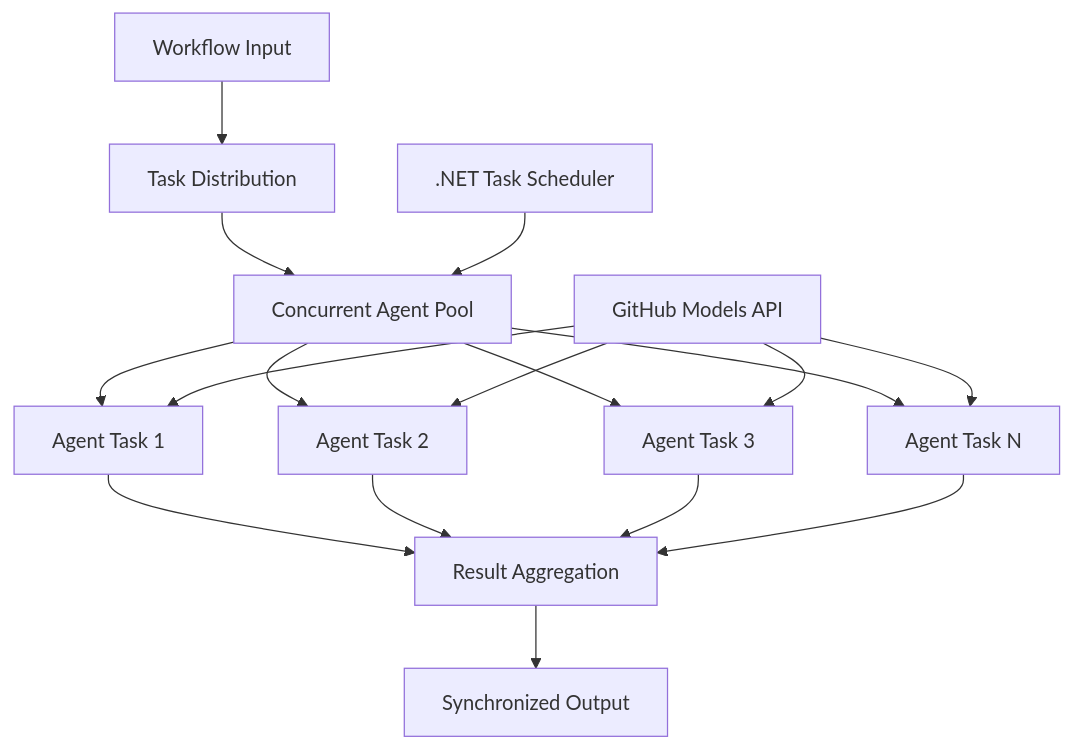
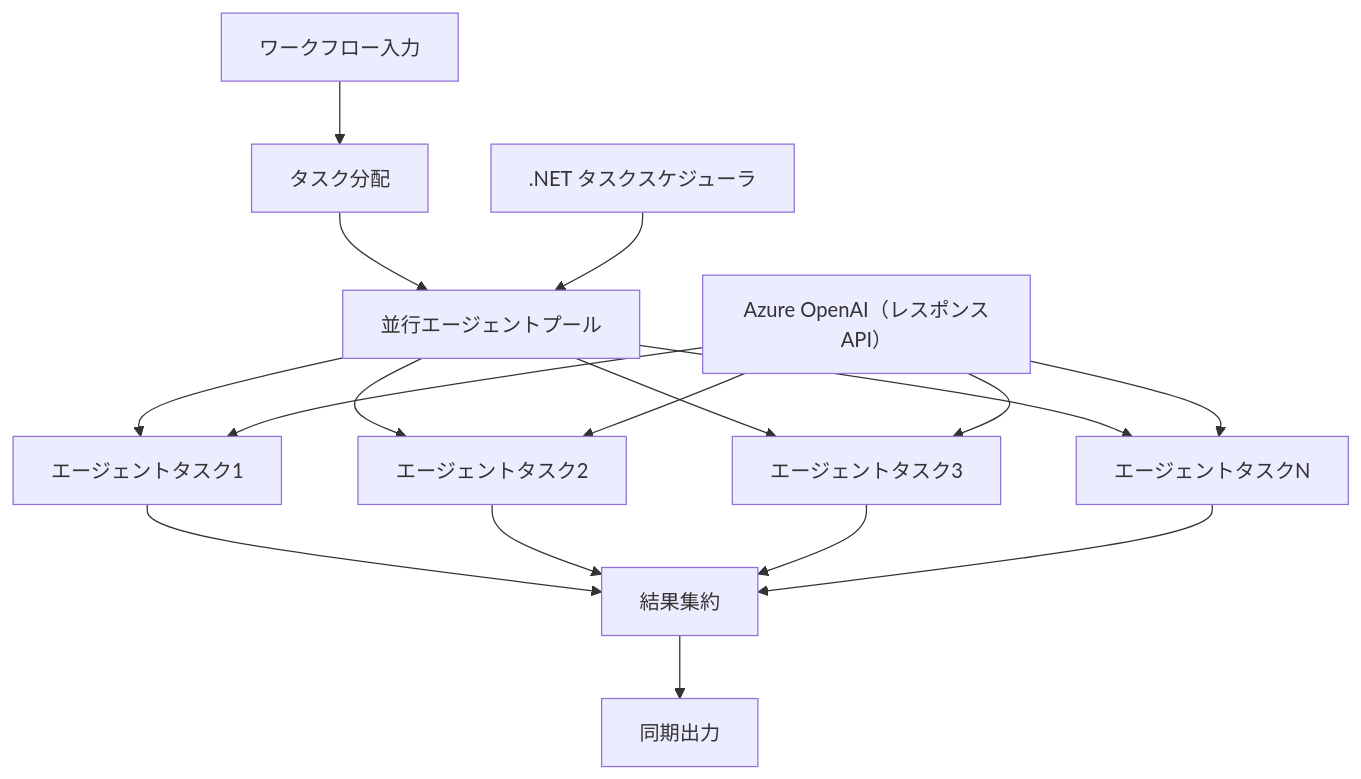
One commit to venturemavenwill/azureaifundamentals changed the diagram in translations/ja/08-multi-agent/code_samples/workflows-agent-framework/dotNET/03.dotnet-agent-framework-workflow-ghmodel-concurrent.md. Above: the diagram before and after it, drawn with Mermaid. The commit also changed other lines of this file and 4861 other files, not shown here.

````diff
--- a/translations/ja/08-multi-agent/code_samples/workflows-agent-framework/dotNET/03.dotnet-agent-framework-workflow-ghmodel-concurrent.md
+++ b/translations/ja/08-multi-agent/code_samples/workflows-agent-framework/dotNET/03.dotnet-agent-framework-workflow-ghmodel-concurrent.md
@@ -71,23 +69,23 @@
 ```mermaid
 graph TD
-    A[Workflow Input] --> B[Task Distribution]
-    B --> C[Concurrent Agent Pool]
-    C --> D[Agent Task 1]
-    C --> E[Agent Task 2]
-    C --> F[Agent Task 3]
-    C --> G[Agent Task N]
+    A[ワークフロー入力] --> B[タスク分配]
+    B --> C[並行エージェントプール]
+    C --> D[エージェントタスク1]
+    C --> E[エージェントタスク2]
+    C --> F[エージェントタスク3]
+    C --> G[エージェントタスクN]
     
-    D --> H[Result Aggregation]
+    D --> H[結果集約]
     E --> H
     F --> H
     G --> H
     
-    H --> I[Synchronized Output]
+    H --> I[同期出力]
     
-    J[GitHub Models API] --> D
+    J[Azure OpenAI（レスポンスAPI）] --> D
     J --> E
     J --> F
     J --> G
     
-    K[.NET Task Scheduler] --> C
+    K[.NET タスクスケジューラ] --> C
 ```
````
